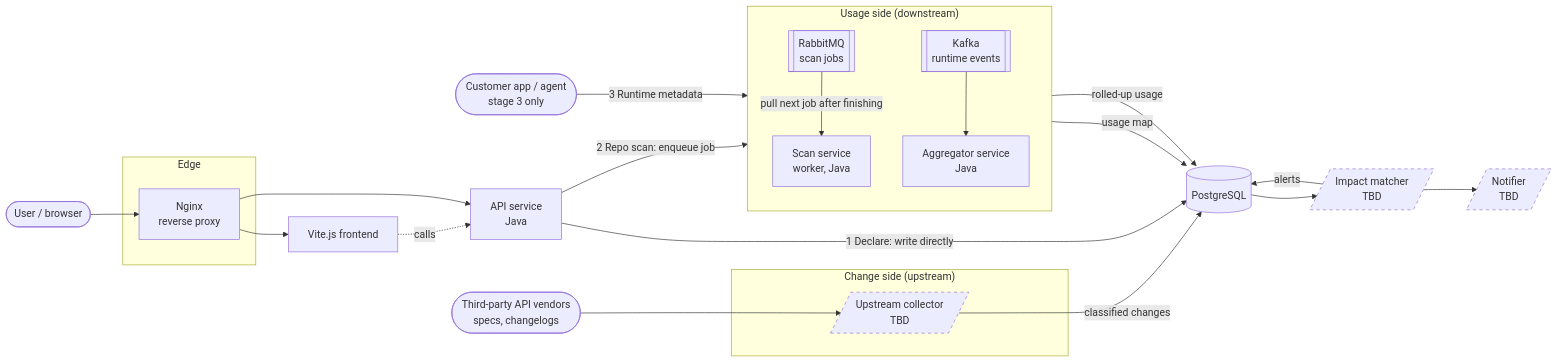
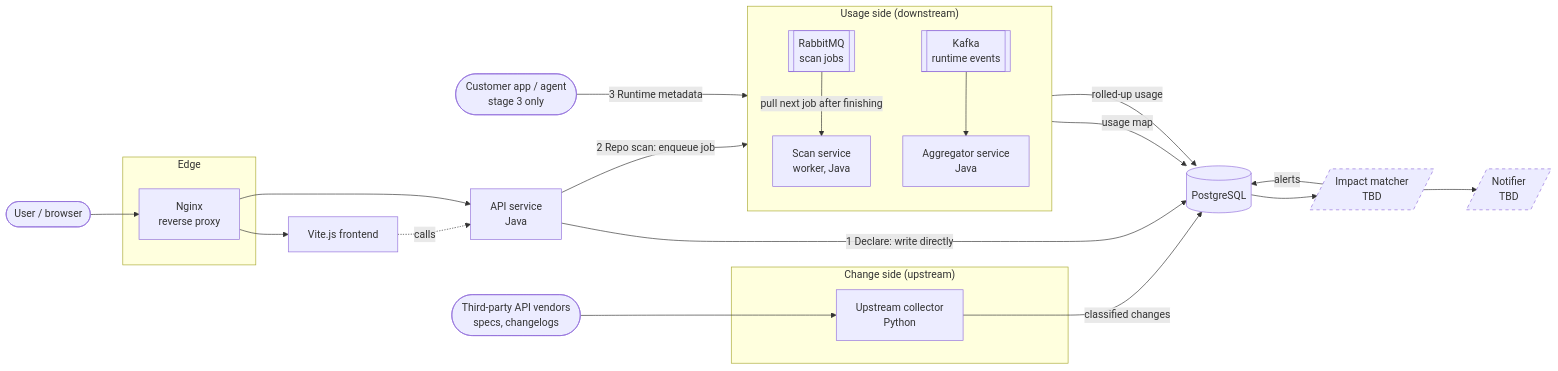
Before and after one commit to mukundangopalachary/driftline: the diagram in docs/architecture.md, drawn with Mermaid. The commit also changed other lines of this file, not shown here.

Commit message:
docs: set Python for upstream collector in architecture

````diff
--- a/docs/architecture.md
+++ b/docs/architecture.md
@@ -11,55 +11,55 @@
 ```mermaid
 flowchart LR
     User([User / browser])
     CLIENT([Customer app / agent<br/>stage 3 only])
 
     subgraph Edge
         NGINX[Nginx<br/>reverse proxy]
     end
 
     UI[Vite.js frontend]
     API[API service<br/>Java]
 
     subgraph Usage["Usage side (downstream)"]
         direction TB
         RMQ[[RabbitMQ<br/>scan jobs]]
         SCAN[Scan service<br/>worker, Java]
         KAFKA[[Kafka<br/>runtime events]]
         AGG[Aggregator service<br/>Java]
     end
 
     subgraph Change["Change side (upstream)"]
-        COLLECT[/Upstream collector<br/>TBD/]
+        COLLECT[Upstream collector<br/>Python]
     end
 
     MATCH[/Impact matcher<br/>TBD/]
     NOTIFY[/Notifier<br/>TBD/]
     PG[(PostgreSQL)]
     VENDOR([Third-party API vendors<br/>specs, changelogs])
 
     User --> NGINX --> UI
     NGINX --> API
     UI -. calls .-> API
 
     %% Input paths (hybrid)
     API -- "1 Declare: write directly" --> PG
     API -- "2 Repo scan: enqueue job" --> RMQ
     RMQ -- "pull next job after finishing" --> SCAN
     SCAN -- "usage map" --> PG
 
     CLIENT -- "3 Runtime metadata" --> KAFKA
     KAFKA --> AGG
     AGG -- "rolled-up usage" --> PG
 
     %% Upstream side
     VENDOR --> COLLECT
     COLLECT -- "classified changes" --> PG
 
     %% Join
     PG --> MATCH
     MATCH -- "alerts" --> PG
     MATCH --> NOTIFY
 
     classDef tbd stroke-dasharray: 5 5;
-    class COLLECT,MATCH,NOTIFY tbd;
+    class MATCH,NOTIFY tbd;
 ```
````
